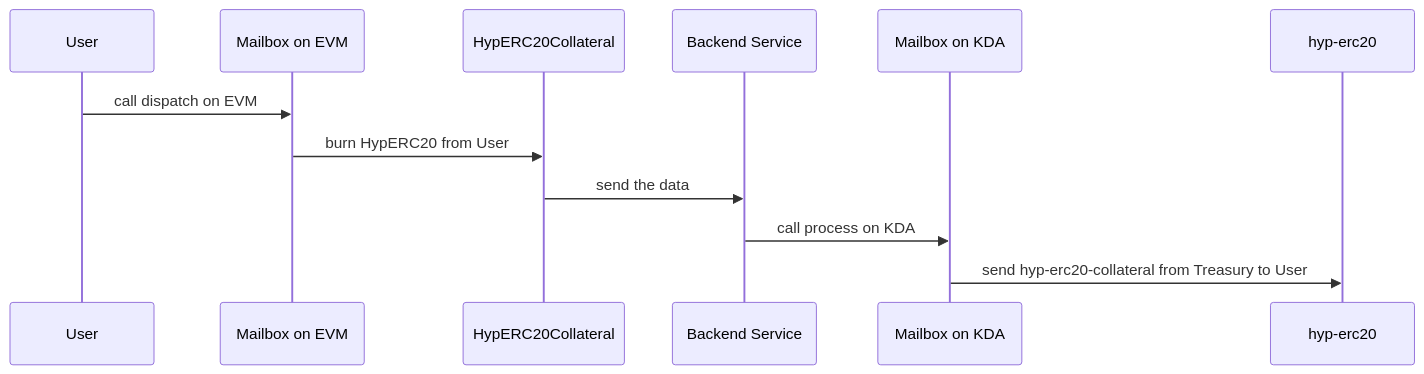
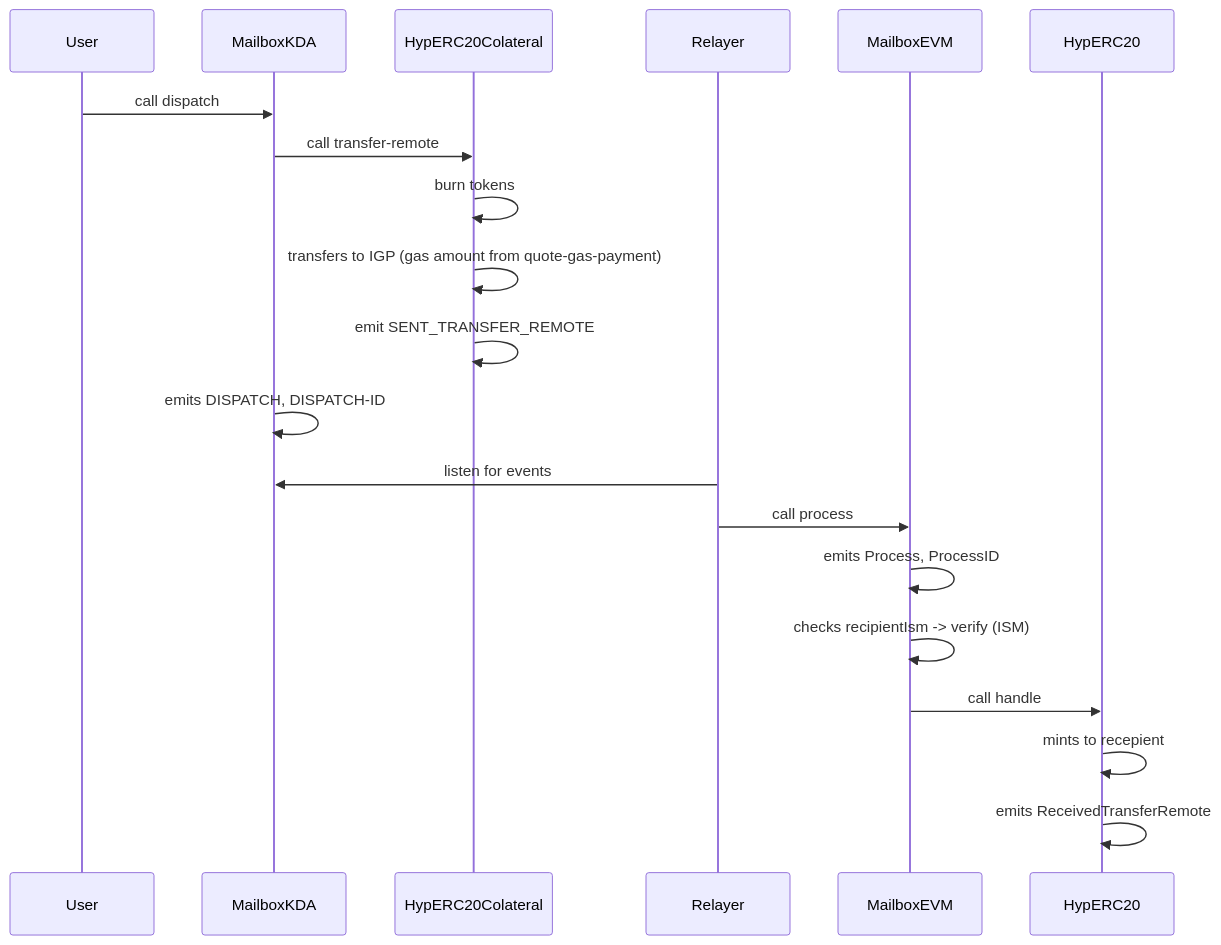
Before and after one commit to RastkoDev/smart-contracts: the sixth of 8 diagrams in docs/bridge-flow.md, drawn with Mermaid. The commit also changed other lines of this file, not shown here.

Commit message:
docs: update bridge flow documentation with detailed sequence diagrams for ETH to KDA and KDA to ETH transfers

````diff
--- a/docs/bridge-flow.md
+++ b/docs/bridge-flow.md
@@ -63,15 +150,24 @@
 ```mermaid
 sequenceDiagram
-    participant U as User
-    participant MEVM as Mailbox on EVM
-    participant EVM as HypERC20Collateral
-    participant BE as Backend Service
-    participant MKDA as Mailbox on KDA
-    participant KDA as hyp-erc20
+    participant User
+    participant MailboxKDA as MailboxKDA
+    participant HypERC20KDA as HypERC20Colateral
+    participant Relayer
+    participant MailboxETH as MailboxEVM
+    participant HypERC20ETH as HypERC20
 
-    U->>MEVM: call dispatch on EVM
-    MEVM->>EVM: burn HypERC20 from User
-    EVM->>BE: send the data
-    BE->>MKDA: call process on KDA
-    MKDA->>KDA: send hyp-erc20-collateral from Treasury to User
+    User->>MailboxKDA: call dispatch
+    MailboxKDA->>HypERC20KDA: call transfer-remote
+    HypERC20KDA->>HypERC20KDA: burn tokens
+    HypERC20KDA->>HypERC20KDA: transfers to IGP (gas amount from quote-gas-payment)
+    HypERC20KDA->>HypERC20KDA: emit SENT_TRANSFER_REMOTE
+
+    MailboxKDA->>MailboxKDA: emits DISPATCH, DISPATCH-ID
+    Relayer->>MailboxKDA: listen for events
+    Relayer->>MailboxETH: call process
+    MailboxETH->>MailboxETH: emits Process, ProcessID
+    MailboxETH->>MailboxETH: checks recipientIsm -> verify (ISM)
+    MailboxETH->>HypERC20ETH: call handle
+    HypERC20ETH->>HypERC20ETH: mints to recepient
+    HypERC20ETH->>HypERC20ETH: emits ReceivedTransferRemote
 ```
````
